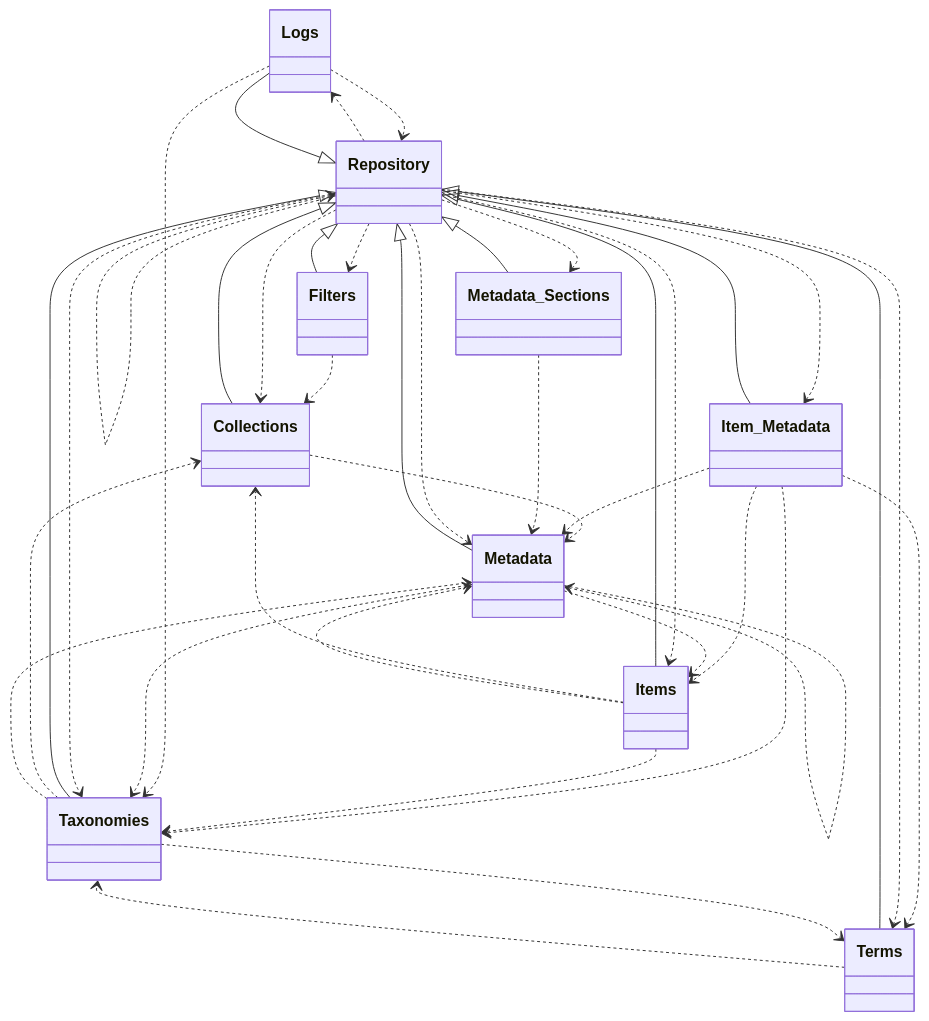
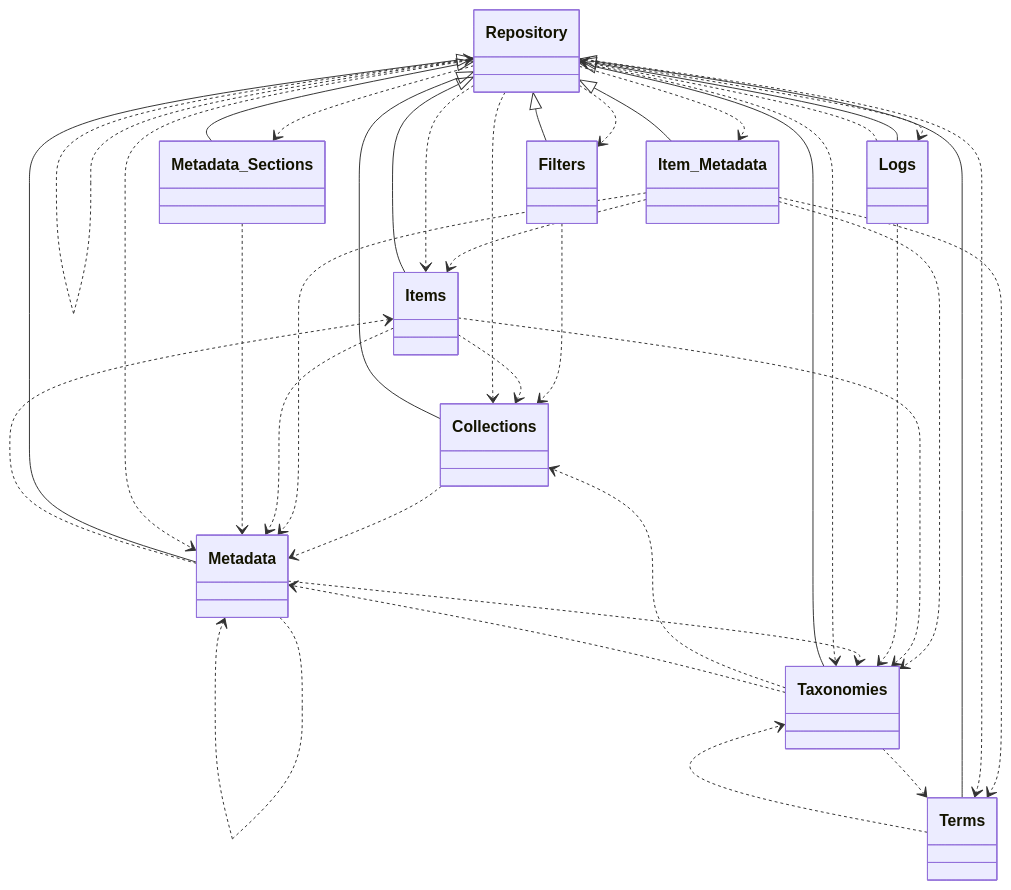
Diagram 12 of 13 in docs/phpdoc/Home.md (tainacan/tainacan), drawn with Mermaid before and after one commit. The commit also changed other lines of this file and 112 other files, not shown here.

````diff
--- a/docs/phpdoc/Home.md
+++ b/docs/phpdoc/Home.md
@@ -693,53 +693,53 @@
 ```mermaid
 classDiagram
     direction TB
+    class Item_Metadata { }
+    class Repository { }
     class Logs { }
+    class Terms { }
     class Filters { }
     class Taxonomies { }
-    class Terms { }
-    class Metadata { }
-    class Repository { }
-    class Items { }
-    class Logs { }
-    class Item_Metadata { }
     class Collections { }
     class Metadata_Sections { }
+    class Metadata { }
+    class Logs { }
+    class Items { }
     Collections ..> Metadata
     Filters ..> Collections
     Item_Metadata ..> Items
     Item_Metadata ..> Metadata
     Item_Metadata ..> Taxonomies
     Item_Metadata ..> Terms
     Items ..> Collections
     Items ..> Metadata
     Items ..> Taxonomies
     Logs ..> Repository
     Logs ..> Taxonomies
     Metadata ..> Items
     Metadata ..> Metadata
     Metadata ..> Taxonomies
     Metadata_Sections ..> Metadata
     Repository ..> Collections
     Repository ..> Filters
     Repository ..> Item_Metadata
     Repository ..> Items
     Repository ..> Logs
     Repository ..> Metadata
     Repository ..> Metadata_Sections
     Repository ..> Repository
     Repository ..> Taxonomies
     Repository ..> Terms
     Repository <|-- Collections
     Repository <|-- Filters
     Repository <|-- Item_Metadata
     Repository <|-- Items
     Repository <|-- Logs
     Repository <|-- Metadata
     Repository <|-- Metadata_Sections
     Repository <|-- Taxonomies
     Repository <|-- Terms
     Taxonomies ..> Collections
     Taxonomies ..> Metadata
     Taxonomies ..> Terms
     Terms ..> Taxonomies
 ```
````
